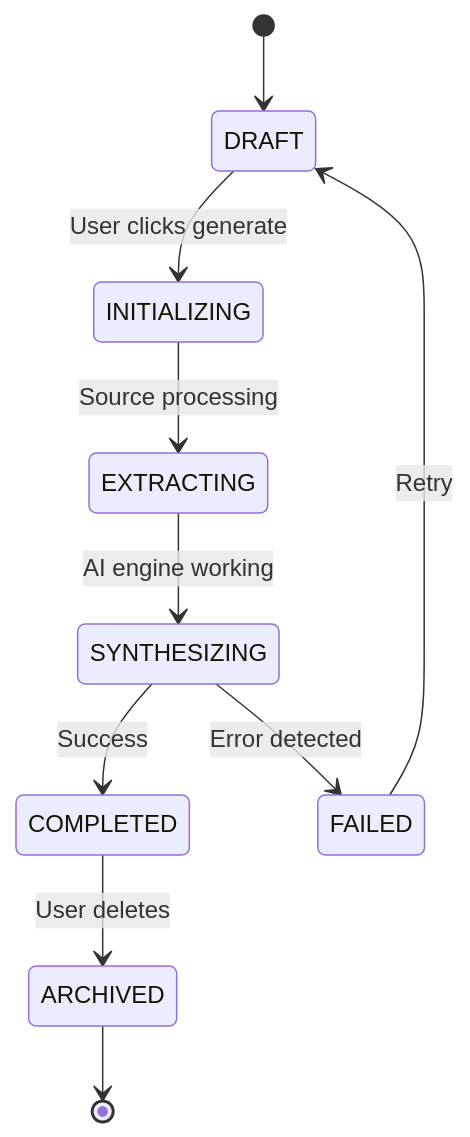
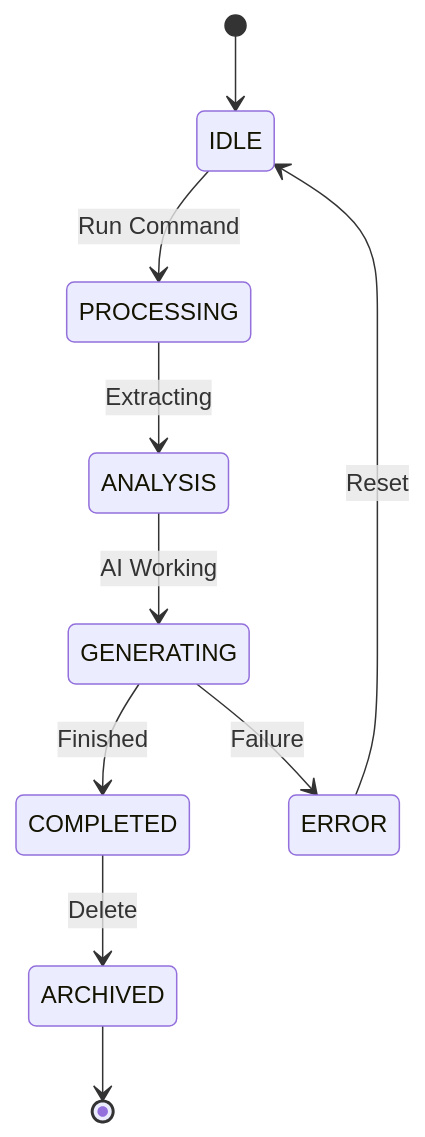
One commit to naresh-rn/echoly changed diagram 11 of 20 in ALL_DIAGRAMS.md. Above: the diagram before and after it, drawn with Mermaid. The commit also changed other lines of this file and 1 other file, not shown here.

Commit message:
docs: repair diagram rendering and finalize comprehensive architecture dossier

````diff
--- a/ALL_DIAGRAMS.md
+++ b/ALL_DIAGRAMS.md
@@ -292,12 +291,12 @@
 ```mermaid
 stateDiagram-v2
-    [*] --> DRAFT
-    DRAFT --> INITIALIZING : User clicks generate
-    INITIALIZING --> EXTRACTING : Source processing
-    EXTRACTING --> SYNTHESIZING : AI engine working
-    SYNTHESIZING --> COMPLETED : Success
-    SYNTHESIZING --> FAILED : Error detected
-    FAILED --> DRAFT : Retry
-    COMPLETED --> ARCHIVED : User deletes
+    [*] --> IDLE
+    IDLE --> PROCESSING : Run Command
+    PROCESSING --> ANALYSIS : Extracting
+    ANALYSIS --> GENERATING : AI Working
+    GENERATING --> COMPLETED : Finished
+    GENERATING --> ERROR : Failure
+    ERROR --> IDLE : Reset
+    COMPLETED --> ARCHIVED : Delete
     ARCHIVED --> [*]
 ```
````
